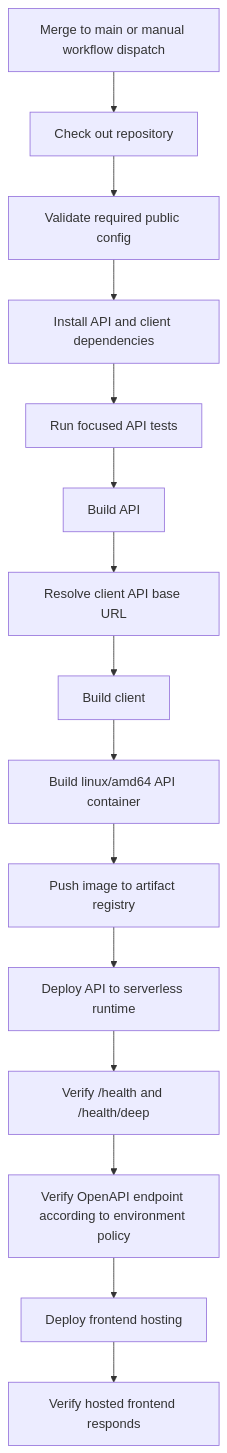
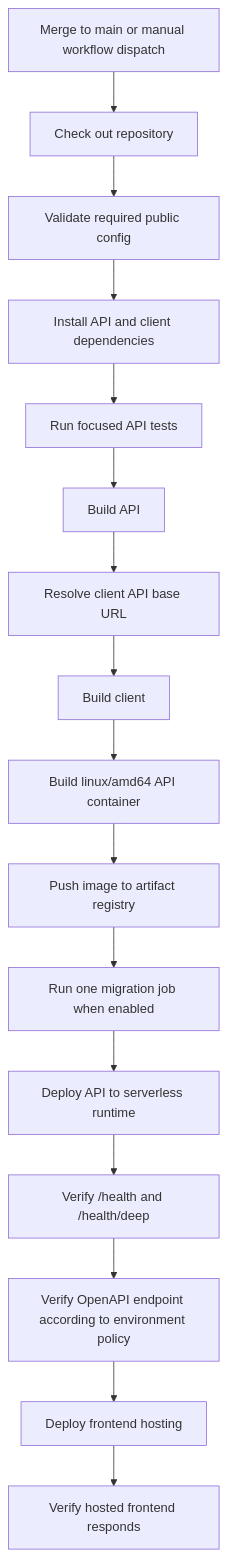
One commit to ezvibes/nido-api changed the diagram in developer-docs/deployment-pipeline.md. Above: the diagram before and after it, drawn with Mermaid. The commit also changed other lines of this file and 2 other files, not shown here.

Commit message:
docs: add GCP architecture deployment review

````diff
--- a/developer-docs/deployment-pipeline.md
+++ b/developer-docs/deployment-pipeline.md
@@ -53,17 +53,18 @@
 ```mermaid
 flowchart TD
     A["Merge to main or manual workflow dispatch"] --> B["Check out repository"]
     B --> C["Validate required public config"]
     C --> D["Install API and client dependencies"]
     D --> E["Run focused API tests"]
     E --> F["Build API"]
     F --> G["Resolve client API base URL"]
     G --> H["Build client"]
     H --> I["Build linux/amd64 API container"]
     I --> J["Push image to artifact registry"]
-    J --> K["Deploy API to serverless runtime"]
-    K --> L["Verify /health and /health/deep"]
-    L --> M["Verify OpenAPI endpoint according to environment policy"]
-    M --> N["Deploy frontend hosting"]
-    N --> O["Verify hosted frontend responds"]
+    J --> K["Run one migration job when enabled"]
+    K --> L["Deploy API to serverless runtime"]
+    L --> M["Verify /health and /health/deep"]
+    M --> N["Verify OpenAPI endpoint according to environment policy"]
+    N --> O["Deploy frontend hosting"]
+    O --> P["Verify hosted frontend responds"]
 ```
````
